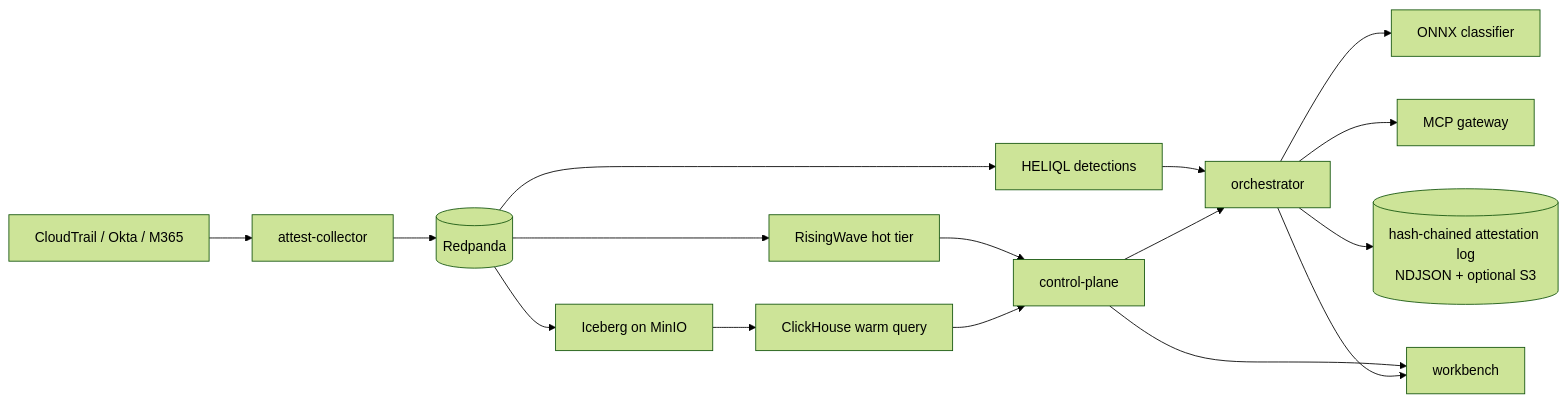
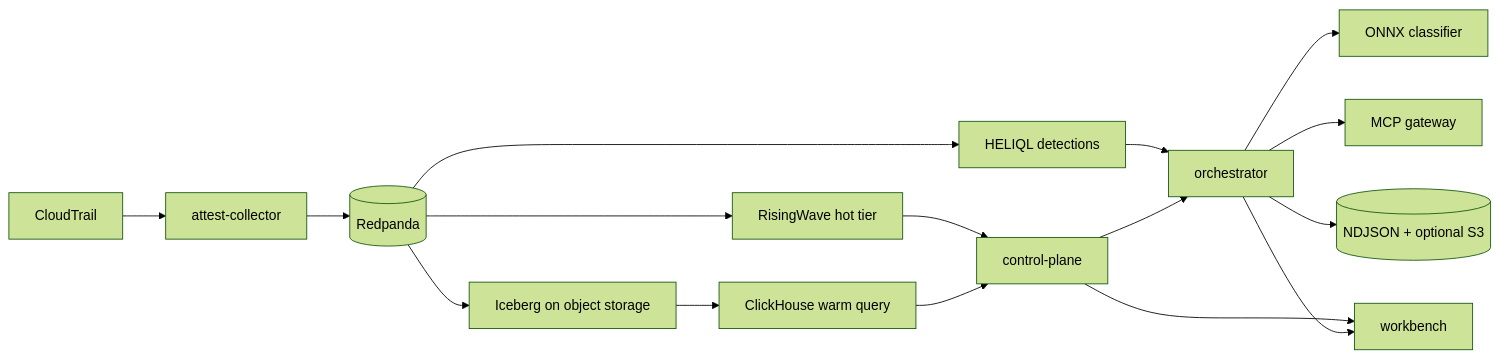
Before and after one commit to mhomaid/attest: the third of 4 diagrams in README.md, drawn with Mermaid (forest theme). The commit also changed other lines of this file and 1 other file, not shown here.

First line of the commit message:
Tell the GitHub story: why Attest exists, what is shipped, and what is not.

````diff
--- a/README.md
+++ b/README.md
@@ -16,18 +122,18 @@
 ```mermaid
 flowchart LR
-  CT[CloudTrail / Okta / M365] --> Col[attest-collector]
+  CT[CloudTrail] --> Col[attest-collector]
   Col --> RP[(Redpanda)]
   RP --> RW[RisingWave hot tier]
-  RP --> PQ[Iceberg on MinIO]
+  RP --> PQ[Iceberg on object storage]
   RP --> Det[HELIQL detections]
   PQ --> CH[ClickHouse warm query]
   RW --> CP[control-plane]
   CH --> CP
   Det --> Orch[orchestrator]
   CP --> Orch
   Orch --> ONNX[ONNX classifier]
   Orch --> MCP[MCP gateway]
-  Orch --> Log[(hash-chained attestation log<br/>NDJSON + optional S3)]
+  Orch --> Log[(NDJSON + optional S3)]
   CP --> WB[workbench]
   Orch --> WB
 ```
````
